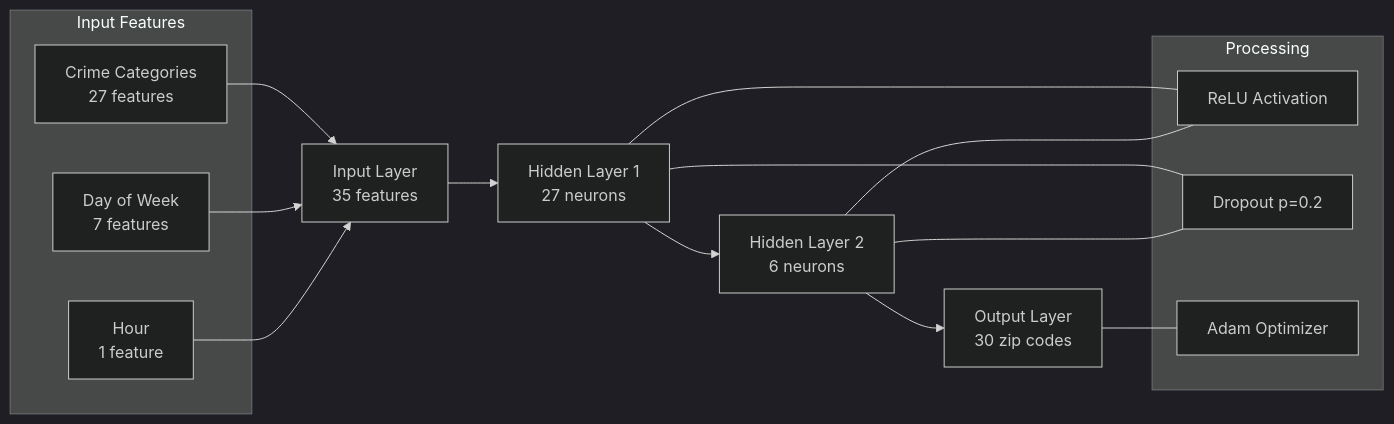
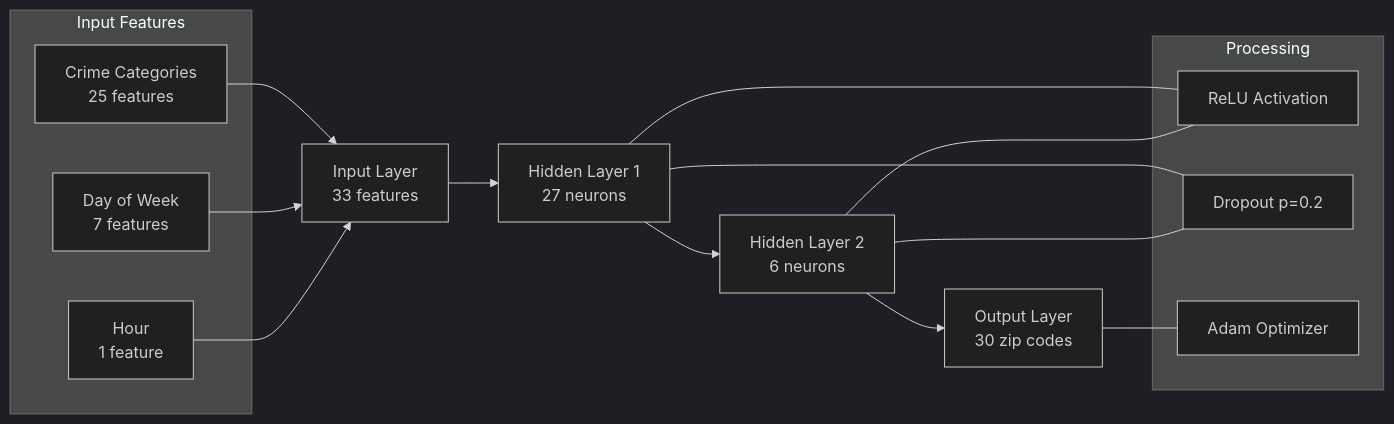
One commit to WasifSohail5/Crime-Prediction changed the second of 2 diagrams in README.md. Above: the diagram before and after it, drawn with Mermaid (dark theme). The commit also changed other lines of this file, not shown here.

````diff
--- a/README.md
+++ b/README.md
@@ -102,28 +102,28 @@
 ```mermaid
 graph LR
-    A[Input Layer<br>35 features] --> B[Hidden Layer 1<br>27 neurons]
+    A[Input Layer<br>33 features] --> B[Hidden Layer 1<br>27 neurons]
     B --> C[Hidden Layer 2<br>6 neurons]
     C --> D[Output Layer<br>30 zip codes]
     
     subgraph Input Features
-        E[Crime Categories<br>27 features]
+        E[Crime Categories<br>25 features]
         F[Day of Week<br>7 features]
         G[Hour<br>1 feature]
     end
     
     E --> A
     F --> A
     G --> A
     
     subgraph Processing
         H[ReLU Activation]
         I[Dropout p=0.2]
         J[Adam Optimizer]
     end
     
     B --- H
     C --- H
     B --- I
     C --- I
     D --- J
 ```
````
